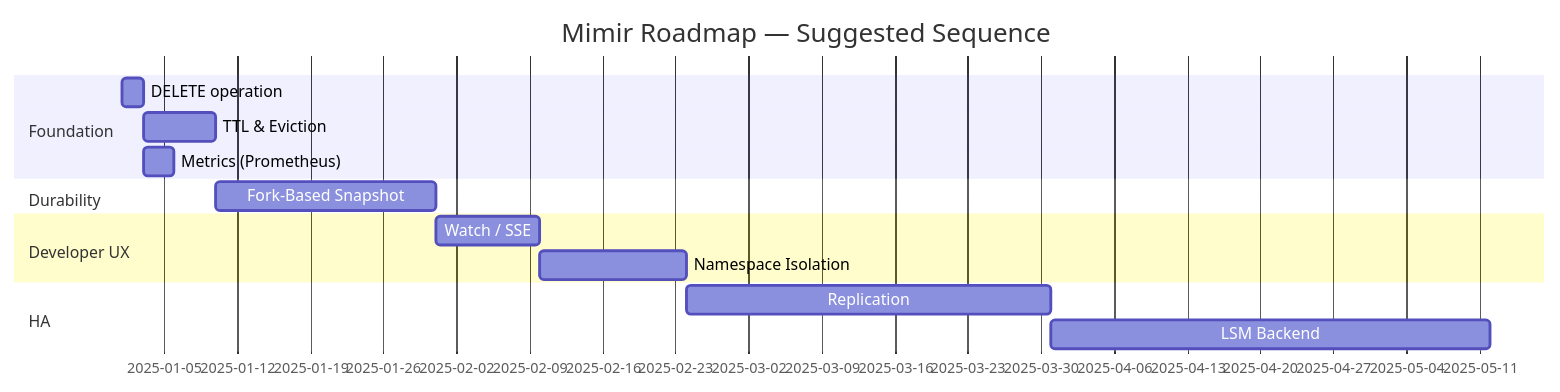
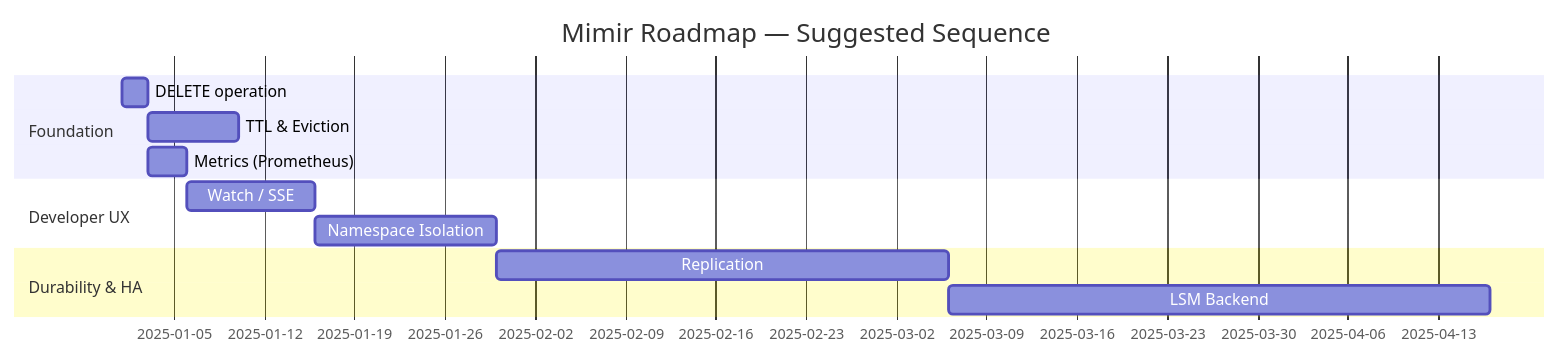
Before and after one commit to ksysoev/mimir: diagram 11 of 11 in ROADMAP.md, drawn with Mermaid. The commit also changed other lines of this file, not shown here.

First line of the commit message:
docs: remove Fork-Based Consistent Snapshot from roadmap

````diff
--- a/ROADMAP.md
+++ b/ROADMAP.md
@@ -516,17 +414,15 @@
 ```mermaid
 gantt
     title Mimir Roadmap — Suggested Sequence
     dateFormat  YYYY-MM-DD
     section Foundation
     DELETE operation          :a1, 2025-01-01, 2d
     TTL & Eviction            :a2, after a1,   7d
     Metrics (Prometheus)      :a3, after a1,   3d
-    section Durability
-    Fork-Based Snapshot       :b1, after a2,   21d
     section Developer UX
-    Watch / SSE               :c1, after b1,   10d
+    Watch / SSE               :c1, after a3,   10d
     Namespace Isolation       :c2, after c1,   14d
-    section HA
+    section Durability & HA
     Replication               :d1, after c2,   35d
     LSM Backend               :d2, after d1,   42d
 ```
````
